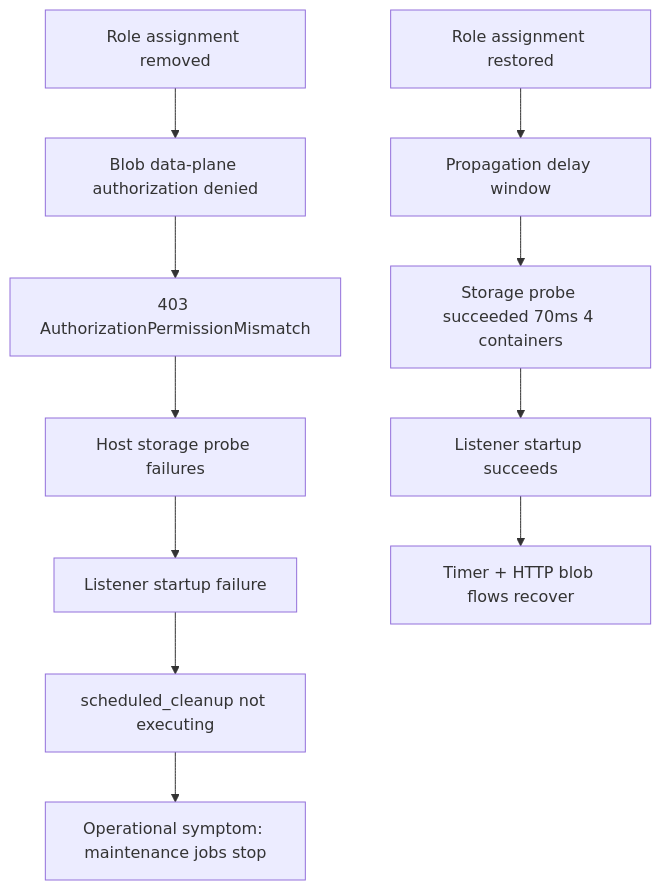
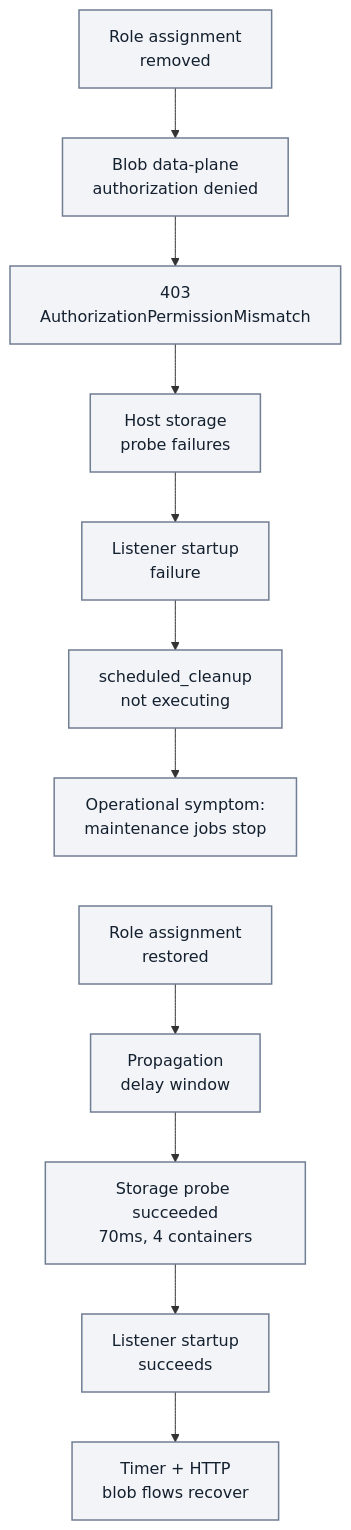
Before and after one commit to yeongseon/azure-functions-practical-guide: the third of 5 diagrams in docs/troubleshooting/lab-guides/managed-identity-auth.md, drawn with Mermaid. The commit also changed other lines of this file and 1 other file, not shown here.

First line of the commit message:
docs(diagrams): migrate Functions lab storage network auth — managed identity auth (#451)

````diff
--- a/docs/troubleshooting/lab-guides/managed-identity-auth.md
+++ b/docs/troubleshooting/lab-guides/managed-identity-auth.md
@@ -207,14 +245,20 @@
 ```mermaid
 flowchart TD
-    A[Role assignment removed] --> B[Blob data-plane authorization denied]
-    B --> C[403 AuthorizationPermissionMismatch]
-    C --> D[Host storage probe failures]
-    D --> E[Listener startup failure]
-    E --> F[scheduled_cleanup not executing]
-    F --> G[Operational symptom: maintenance jobs stop]
+    accTitle: Managed identity lab failure and recovery hypothesis
+    accDescr: Two ordered paths retain the lab's failure and recovery stages, including the 403 signature, host probe, listener, maintenance interruption and recovery checks. Arrows express the hypothesis, not new proof.
+    A["Role assignment<br/>removed"] --> B["Blob data-plane<br/>authorization denied"]
+    B --> C["403<br/>AuthorizationPermissionMismatch"]
+    C --> D["Host storage<br/>probe failures"]
+    D --> E["Listener startup<br/>failure"]
+    E --> F["scheduled_cleanup<br/>not executing"]
+    F --> G["Operational symptom:<br/>maintenance jobs stop"]
 
-    H[Role assignment restored] --> I[Propagation delay window]
-    I --> J[Storage probe succeeded 70ms 4 containers]
-    J --> K[Listener startup succeeds]
-    K --> L[Timer + HTTP blob flows recover]
+    H["Role assignment<br/>restored"] --> I["Propagation<br/>delay window"]
+    I --> J["Storage probe succeeded<br/>70ms, 4 containers"]
+    J --> K["Listener startup<br/>succeeds"]
+    K --> L["Timer + HTTP<br/>blob flows recover"]
+    %% Layout-only link stacks the two paths; it adds no causal step or arrow.
+    G ~~~ H
+    classDef neutral fill:#f2f4f8,stroke:#707e93,stroke-width:1.5px,color:#14202e;
+    class A,B,C,D,E,F,G,H,I,J,K,L neutral;
 ```
````
